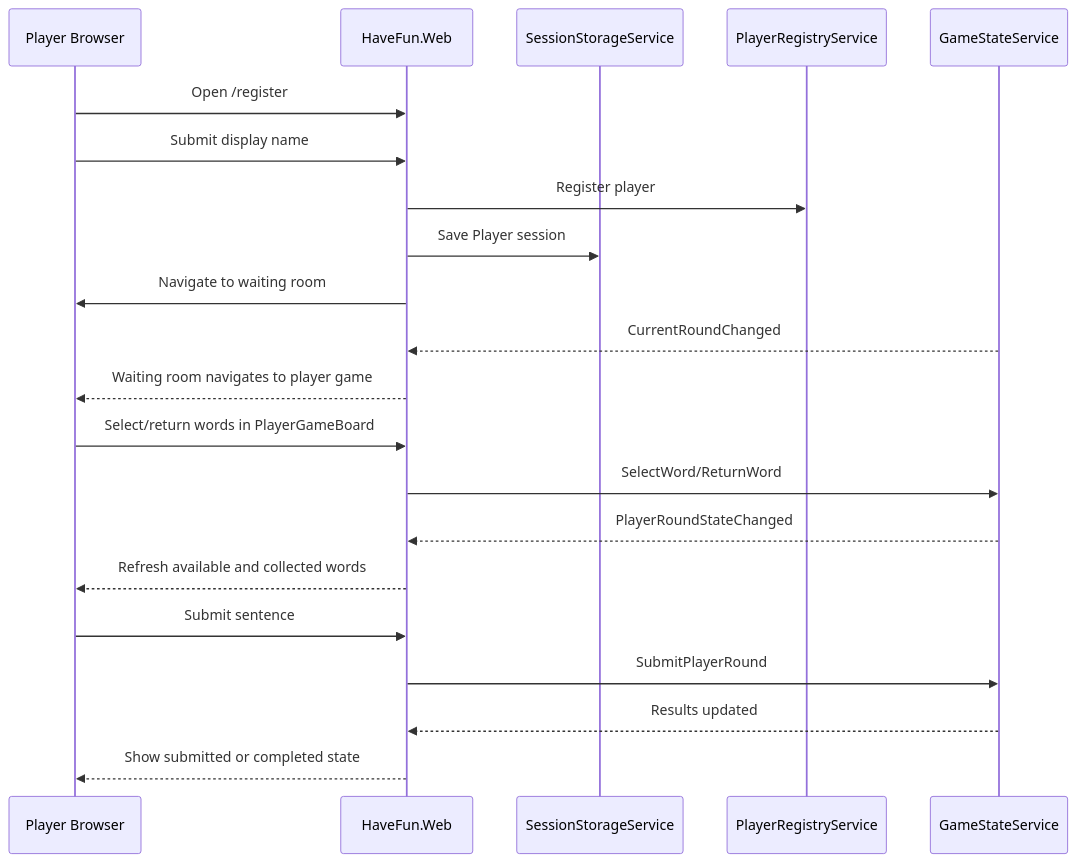
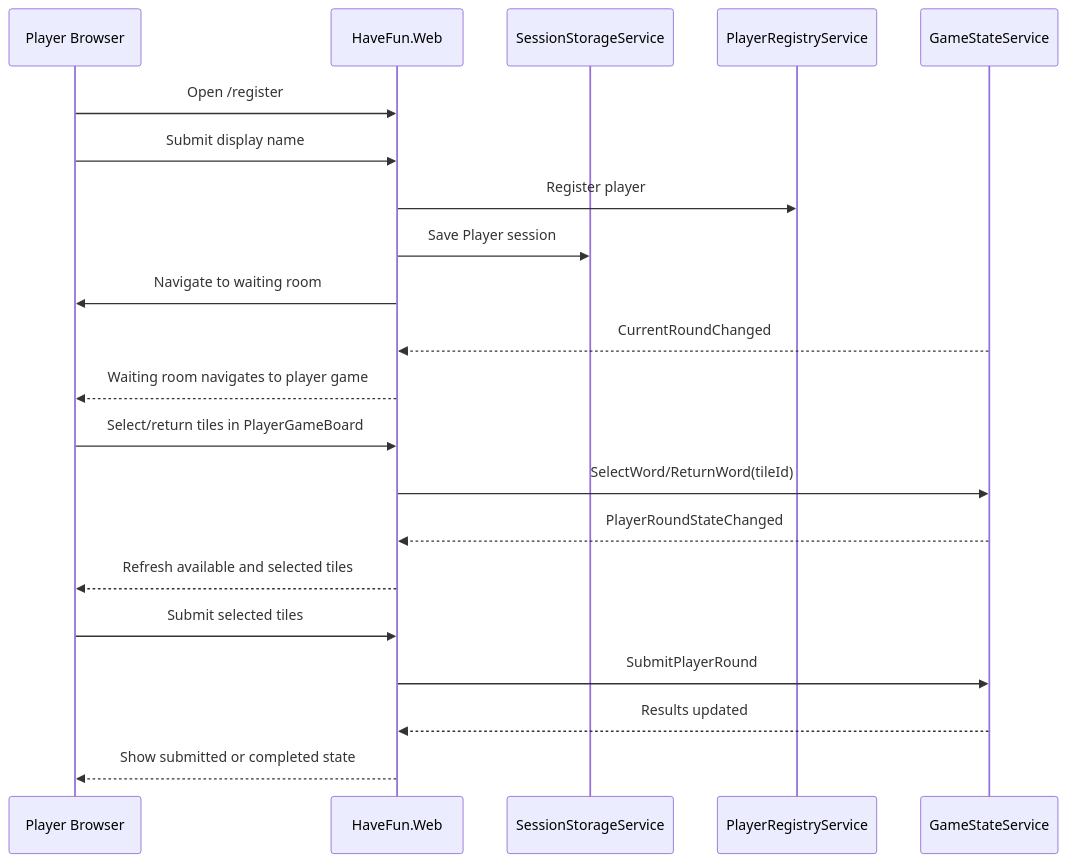
One commit to iJustHelp/have-fun changed the fourth of 5 diagrams in design/architecture.md. Above: the diagram before and after it, drawn with Mermaid. The commit also changed other lines of this file and 10 other files, not shown here.

````diff
--- a/design/architecture.md
+++ b/design/architecture.md
@@ -93,27 +93,27 @@
 ```mermaid
 sequenceDiagram
     participant P as Player Browser
     participant W as HaveFun.Web
     participant S as SessionStorageService
     participant R as PlayerRegistryService
     participant G as GameStateService
 
     P->>W: Open /register
     P->>W: Submit display name
     W->>R: Register player
     W->>S: Save Player session
     W->>P: Navigate to waiting room
 
     G-->>W: CurrentRoundChanged
     W-->>P: Waiting room navigates to player game
 
-    P->>W: Select/return words in PlayerGameBoard
-    W->>G: SelectWord/ReturnWord
+    P->>W: Select/return tiles in PlayerGameBoard
+    W->>G: SelectWord/ReturnWord(tileId)
     G-->>W: PlayerRoundStateChanged
-    W-->>P: Refresh available and collected words
+    W-->>P: Refresh available and selected tiles
 
-    P->>W: Submit sentence
+    P->>W: Submit selected tiles
     W->>G: SubmitPlayerRound
     G-->>W: Results updated
     W-->>P: Show submitted or completed state
 ```
````
